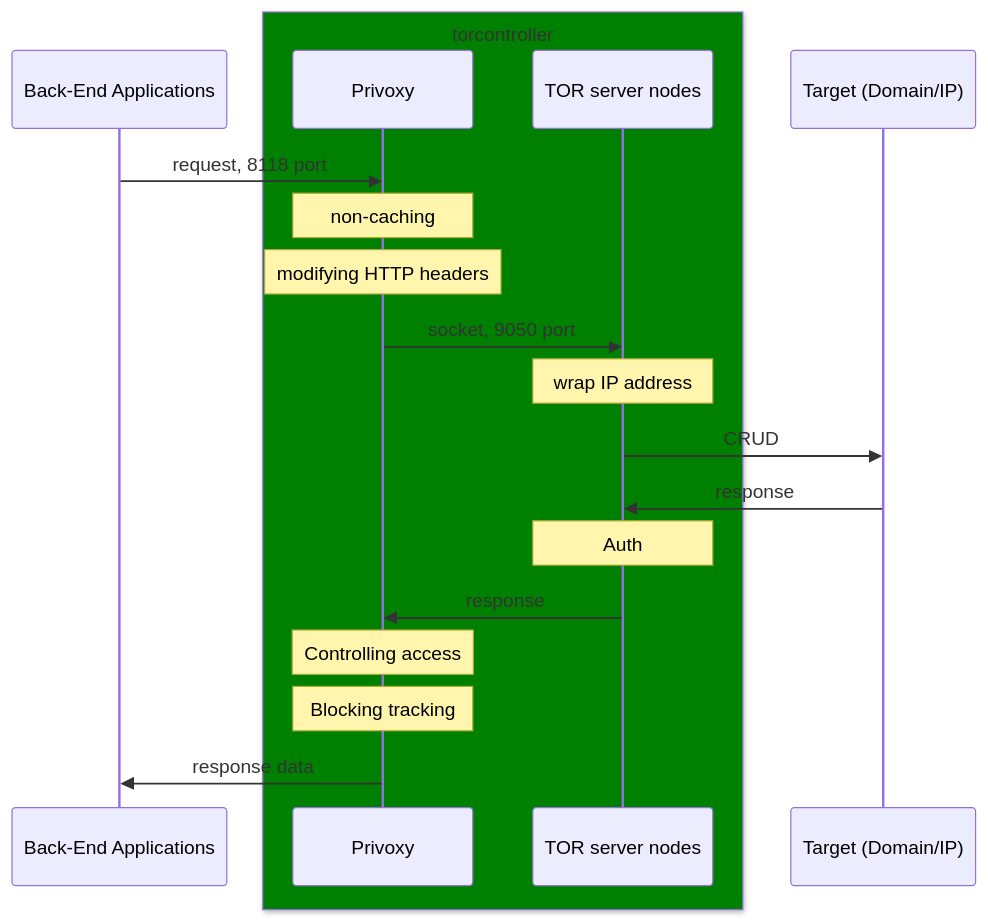
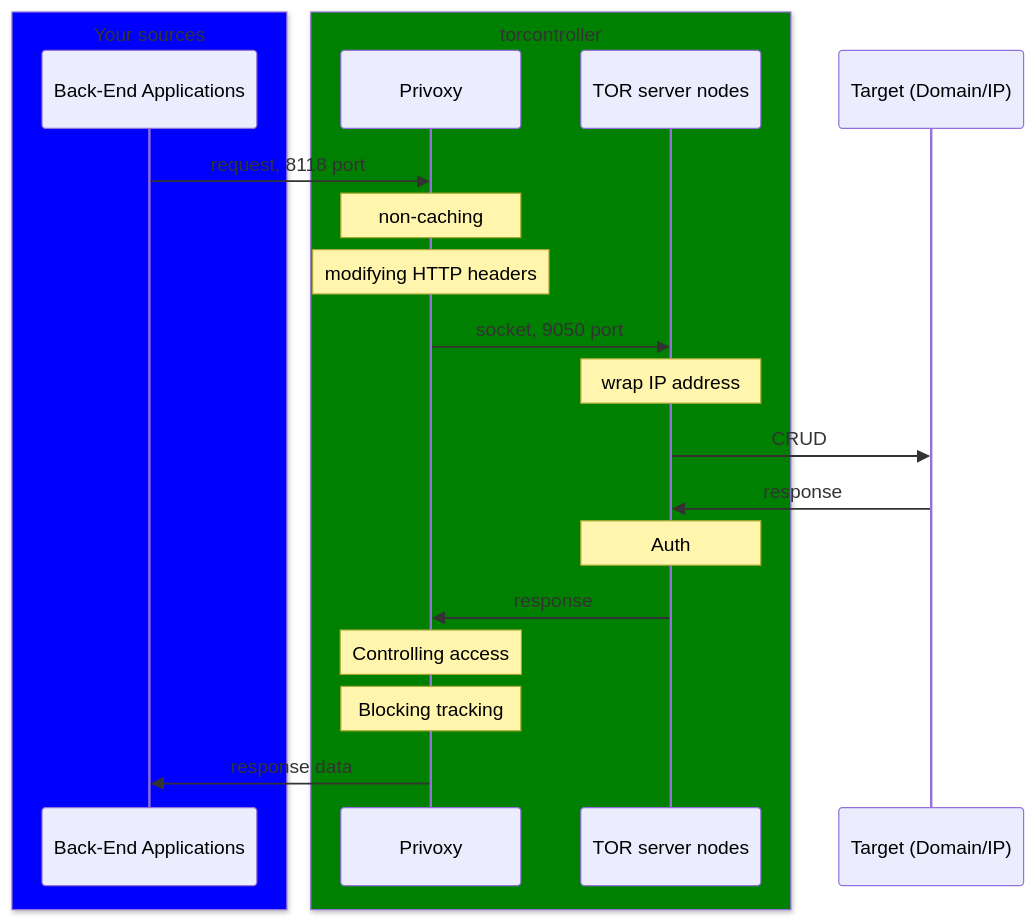
Before and after one commit to Seicrypto/torcontroller: the diagram in README.md, drawn with Mermaid. The commit also changed other lines of this file, not shown here.

Commit message:
Update sequence diagram
Changed:
- added user source box.
- fixed wrong words.

````diff
--- a/README.md
+++ b/README.md
@@ -20,23 +20,25 @@
 ```mermaid
 sequenceDiagram
 %% Declaration
+    box blue Your sources
     participant usr as Back-End Applications
+    end
     box green torcontroller
     participant pv as Privoxy
     participant tor as TOR server nodes
     end
     participant tg as Target (Domain/IP)
 %% Relation
     usr->>pv: request, 8118 port
     Note over pv: non-caching
     Note over pv: modifying HTTP headers
     pv->>tor: socket, 9050 port
     Note over tor: wrap IP address
     tor->>tg: CRUD
     tg->>tor: response
     Note over tor: Auth
     tor->>pv: response
     Note over pv: Controlling access
     Note over pv: Blocking tracking
     pv->>usr: response data
 ```
````
